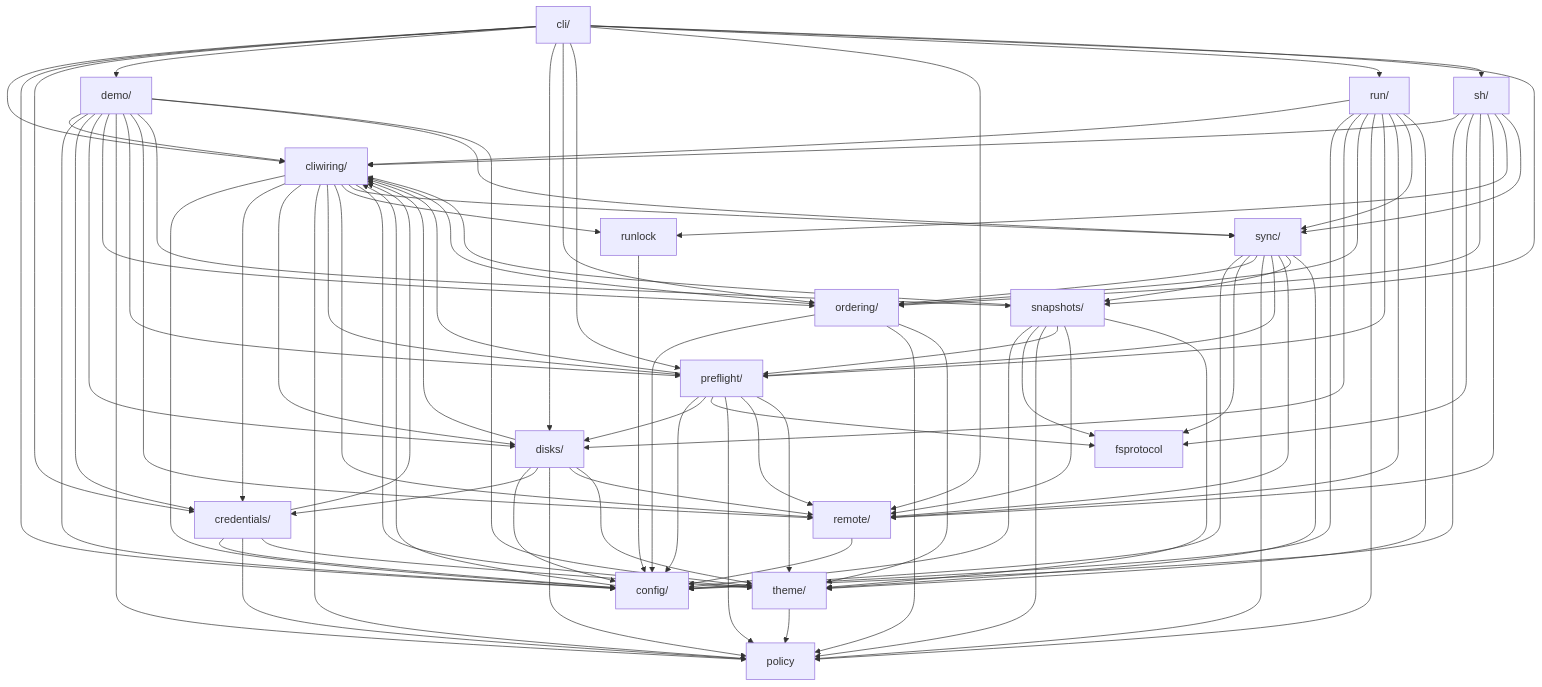
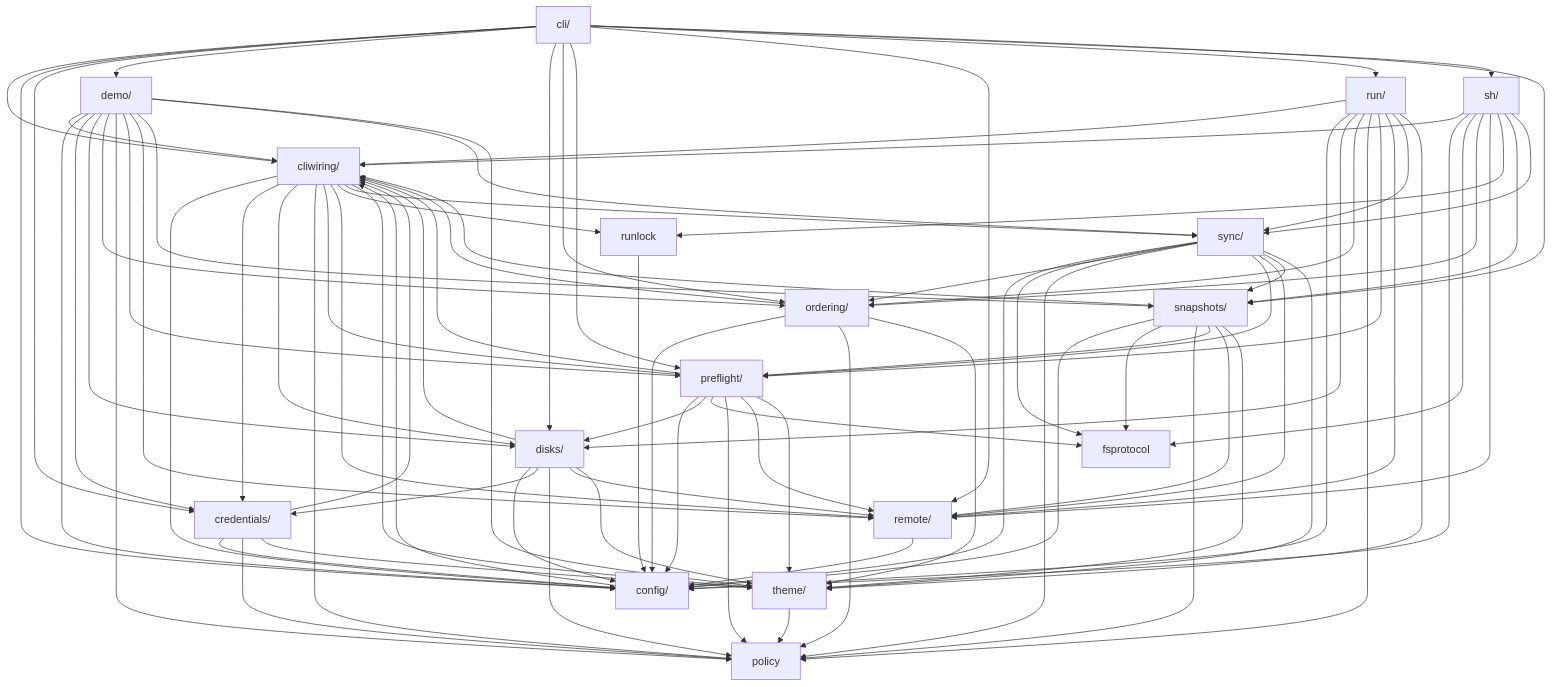
Before and after one commit to iglootools/nbkp: the diagram in docs/architecture.md, drawn with Mermaid. The commit also changed 6 other files, not shown here.

```diff
--- a/docs/architecture.md
+++ b/docs/architecture.md
@@ -192,6 +192,7 @@
     sh --> ordering
     sh --> remote
     sh --> runlock
+    sh --> snapshots
     sh --> sync
     snapshots --> cliwiring
     snapshots --> config
```
